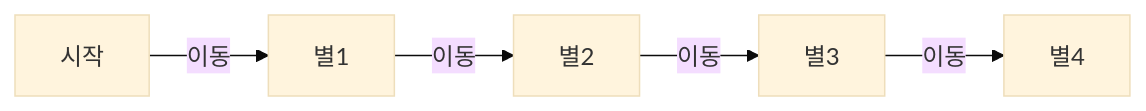
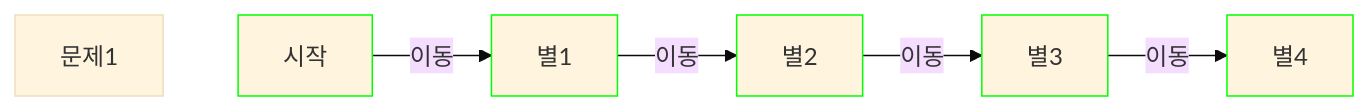
Before and after one commit to silpiria98/silpiria98.github.io: the first of 2 diagrams in _posts/2023-12-17-이노베이션-아카데미(42서울)-비전공자를-위한-논리테스트-팁과-후기.md, drawn with Mermaid (base theme). The commit also changed other lines of this file, not shown here.

Commit message:
mermaid 계속 알아보는중

````diff
--- a/_posts/2023-12-17-이노베이션-아카데미(42서울)-비전공자를-위한-논리테스트-팁과-후기.md
+++ b/_posts/2023-12-17-이노베이션-아카데미(42서울)-비전공자를-위한-논리테스트-팁과-후기.md
@@ -16,4 +16,6 @@
 ```mermaid!
 flowchart LR
-    시작 -- 이동 --> 별1 -- 이동 --> 별2 -- 이동 --> 별3 -- 이동 --> 별4
+    문제1 ~~~ 시작:::green -- 이동 --> 별1:::green  -- 이동 --> 별2:::green  -- 이동 --> 별3:::green  -- 이동 --> 별4:::green 
+    classDef green stroke:#0f0
+    
 ```
````
